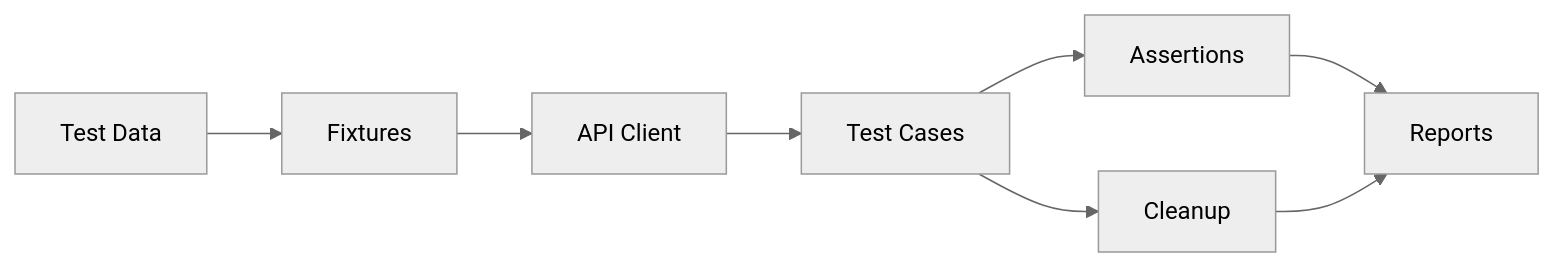
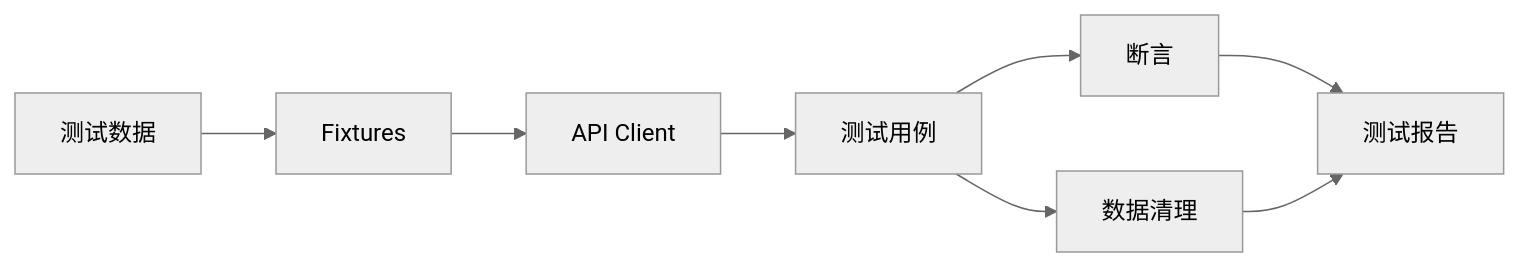
Before and after one commit to Dream22180971/BaiyueMedicalSalesSystemTest: the diagram in README.md, drawn with Mermaid (neutral theme). The commit also changed other lines of this file and 4 other files, not shown here.

````diff
--- a/README.md
+++ b/README.md
@@ -75,10 +75,10 @@
 ```mermaid
 flowchart LR
-    A[Test Data] --> B[Fixtures]
+    A[测试数据] --> B[Fixtures]
     B --> C[API Client]
-    C --> D[Test Cases]
-    D --> E[Assertions]
-    D --> F[Cleanup]
-    E --> G[Reports]
+    C --> D[测试用例]
+    D --> E[断言]
+    D --> F[数据清理]
+    E --> G[测试报告]
     F --> G
 ```
````
